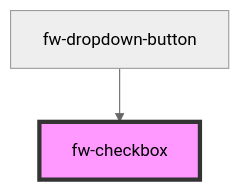
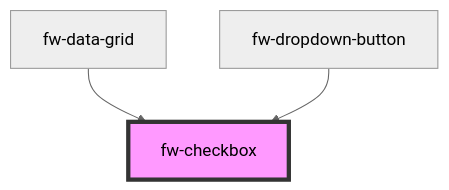
One commit to freshworks/crayons changed the diagram in src/components/checkbox/readme.md. Above: the diagram before and after it, drawn with Mermaid (neutral theme). The commit also changed other lines of this file and 8 other files, not shown here.

First line of the commit message:
feat(component): adding DataGrid component

````diff
--- a/src/components/checkbox/readme.md
+++ b/src/components/checkbox/readme.md
@@ -41,5 +42,6 @@
 ```mermaid
 graph TD;
+  fw-data-grid --> fw-checkbox
   fw-dropdown-button --> fw-checkbox
   style fw-checkbox fill:#f9f,stroke:#333,stroke-width:4px
 ```
````
